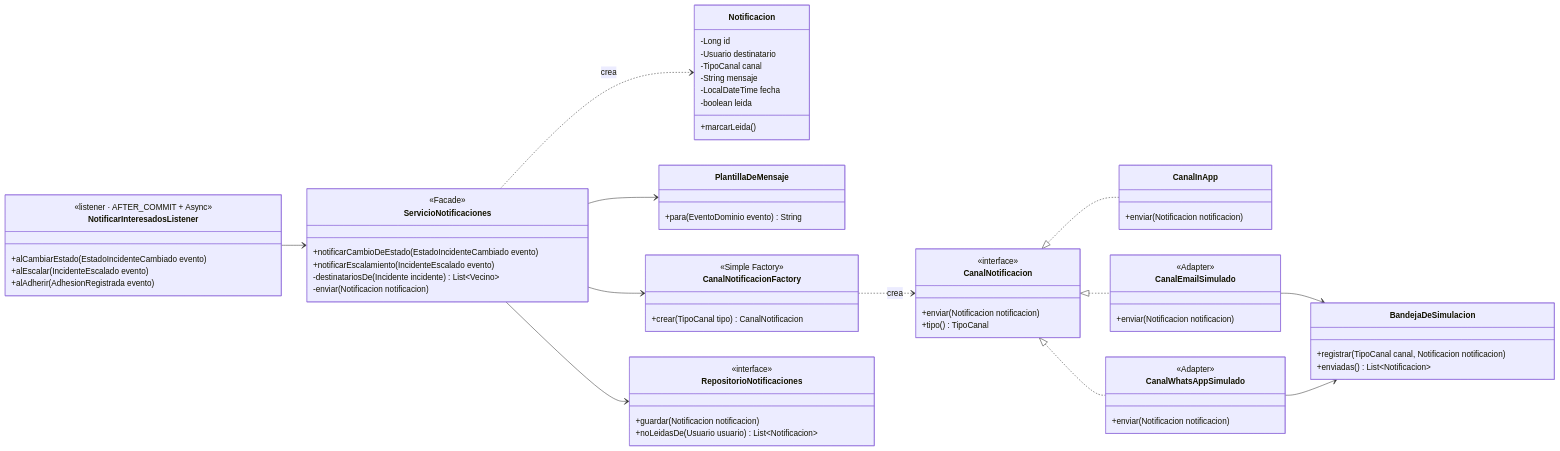
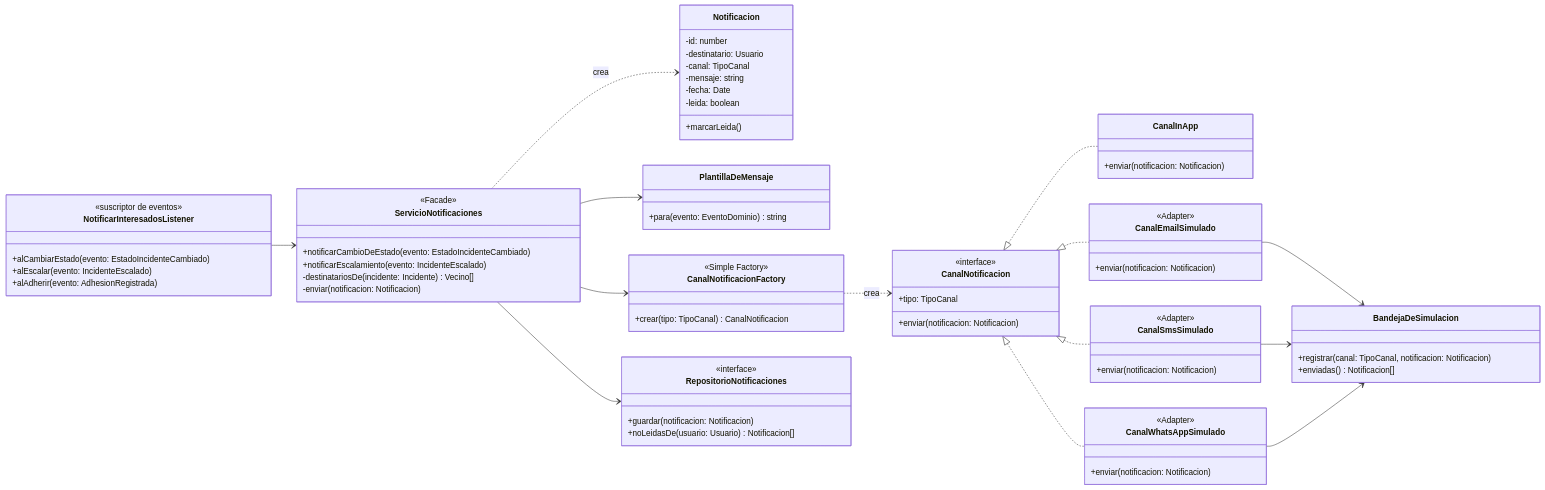
The diagram in docs/diagramas/clases-notificaciones.md (tolmedo/barrioalerta), drawn with Mermaid before and after one commit. The commit also changed other lines of this file and 119 other files, not shown here.

````diff
--- a/docs/diagramas/clases-notificaciones.md
+++ b/docs/diagramas/clases-notificaciones.md
@@ -5,71 +7,77 @@
 ```mermaid
 classDiagram
 direction LR
 
 class NotificarInteresadosListener {
-  <<listener · AFTER_COMMIT + Async>>
-  +alCambiarEstado(EstadoIncidenteCambiado evento)
-  +alEscalar(IncidenteEscalado evento)
-  +alAdherir(AdhesionRegistrada evento)
+  <<suscriptor de eventos>>
+  +alCambiarEstado(evento: EstadoIncidenteCambiado)
+  +alEscalar(evento: IncidenteEscalado)
+  +alAdherir(evento: AdhesionRegistrada)
 }
 class ServicioNotificaciones {
   <<Facade>>
-  +notificarCambioDeEstado(EstadoIncidenteCambiado evento)
-  +notificarEscalamiento(IncidenteEscalado evento)
-  -destinatariosDe(Incidente incidente) List~Vecino~
-  -enviar(Notificacion notificacion)
+  +notificarCambioDeEstado(evento: EstadoIncidenteCambiado)
+  +notificarEscalamiento(evento: IncidenteEscalado)
+  -destinatariosDe(incidente: Incidente) Vecino[]
+  -enviar(notificacion: Notificacion)
 }
 class Notificacion {
-  -Long id
-  -Usuario destinatario
-  -TipoCanal canal
-  -String mensaje
-  -LocalDateTime fecha
-  -boolean leida
+  -id: number
+  -destinatario: Usuario
+  -canal: TipoCanal
+  -mensaje: string
+  -fecha: Date
+  -leida: boolean
   +marcarLeida()
 }
 class PlantillaDeMensaje {
-  +para(EventoDominio evento) String
+  +para(evento: EventoDominio) string
 }
 class CanalNotificacion {
   <<interface>>
-  +enviar(Notificacion notificacion)
-  +tipo() TipoCanal
+  +tipo: TipoCanal
+  +enviar(notificacion: Notificacion)
 }
 class CanalInApp {
-  +enviar(Notificacion notificacion)
+  +enviar(notificacion: Notificacion)
 }
 class CanalEmailSimulado {
   <<Adapter>>
-  +enviar(Notificacion notificacion)
+  +enviar(notificacion: Notificacion)
+}
+class CanalSmsSimulado {
+  <<Adapter>>
+  +enviar(notificacion: Notificacion)
 }
 class CanalWhatsAppSimulado {
   <<Adapter>>
-  +enviar(Notificacion notificacion)
+  +enviar(notificacion: Notificacion)
 }
 class CanalNotificacionFactory {
   <<Simple Factory>>
-  +crear(TipoCanal tipo) CanalNotificacion
+  +crear(tipo: TipoCanal) CanalNotificacion
 }
 class BandejaDeSimulacion {
-  +registrar(TipoCanal canal, Notificacion notificacion)
-  +enviadas() List~Notificacion~
+  +registrar(canal: TipoCanal, notificacion: Notificacion)
+  +enviadas() Notificacion[]
 }
 class RepositorioNotificaciones {
   <<interface>>
-  +guardar(Notificacion notificacion)
-  +noLeidasDe(Usuario usuario) List~Notificacion~
+  +guardar(notificacion: Notificacion)
+  +noLeidasDe(usuario: Usuario) Notificacion[]
 }
 
 NotificarInteresadosListener --> ServicioNotificaciones
 ServicioNotificaciones --> PlantillaDeMensaje
 ServicioNotificaciones --> CanalNotificacionFactory
 ServicioNotificaciones --> RepositorioNotificaciones
 ServicioNotificaciones ..> Notificacion : crea
 CanalNotificacionFactory ..> CanalNotificacion : crea
 CanalNotificacion <|.. CanalInApp
 CanalNotificacion <|.. CanalEmailSimulado
+CanalNotificacion <|.. CanalSmsSimulado
 CanalNotificacion <|.. CanalWhatsAppSimulado
 CanalEmailSimulado --> BandejaDeSimulacion
+CanalSmsSimulado --> BandejaDeSimulacion
 CanalWhatsAppSimulado --> BandejaDeSimulacion
 ```
````
